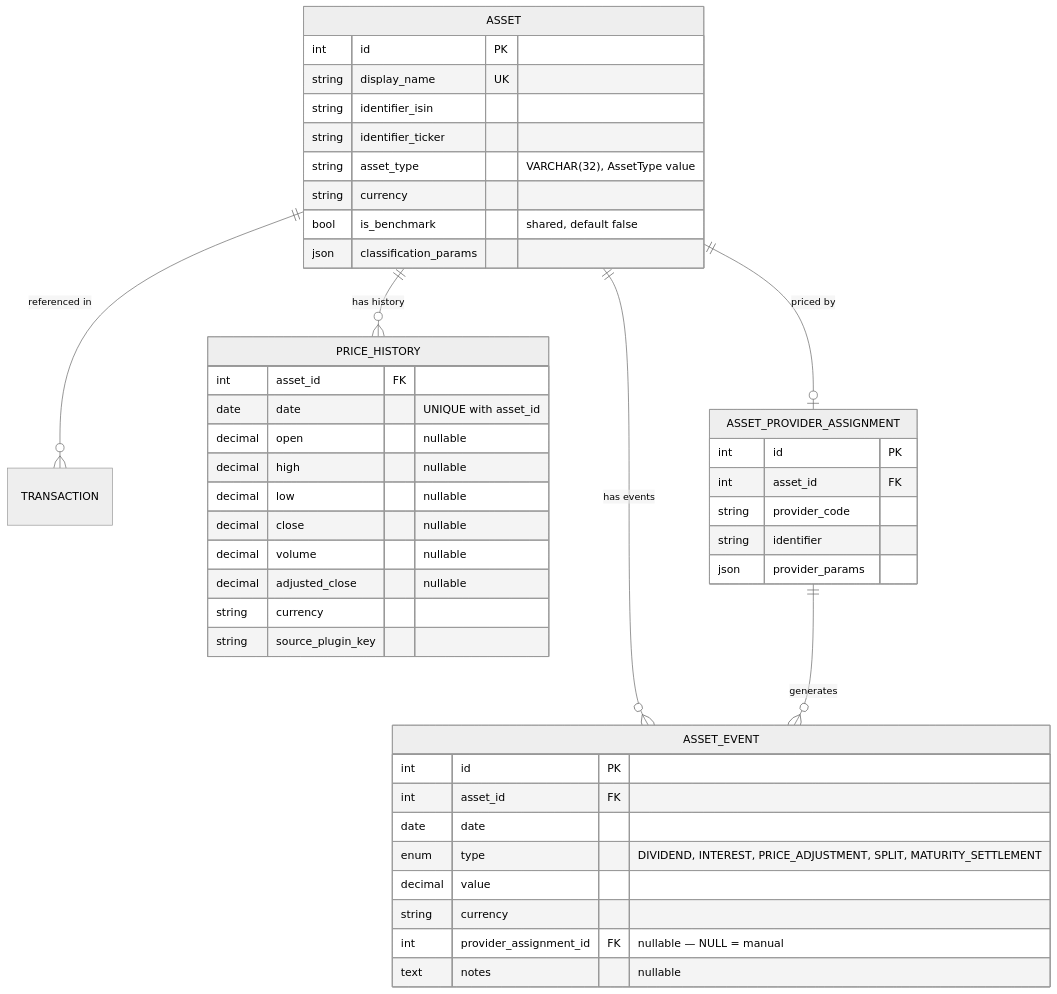
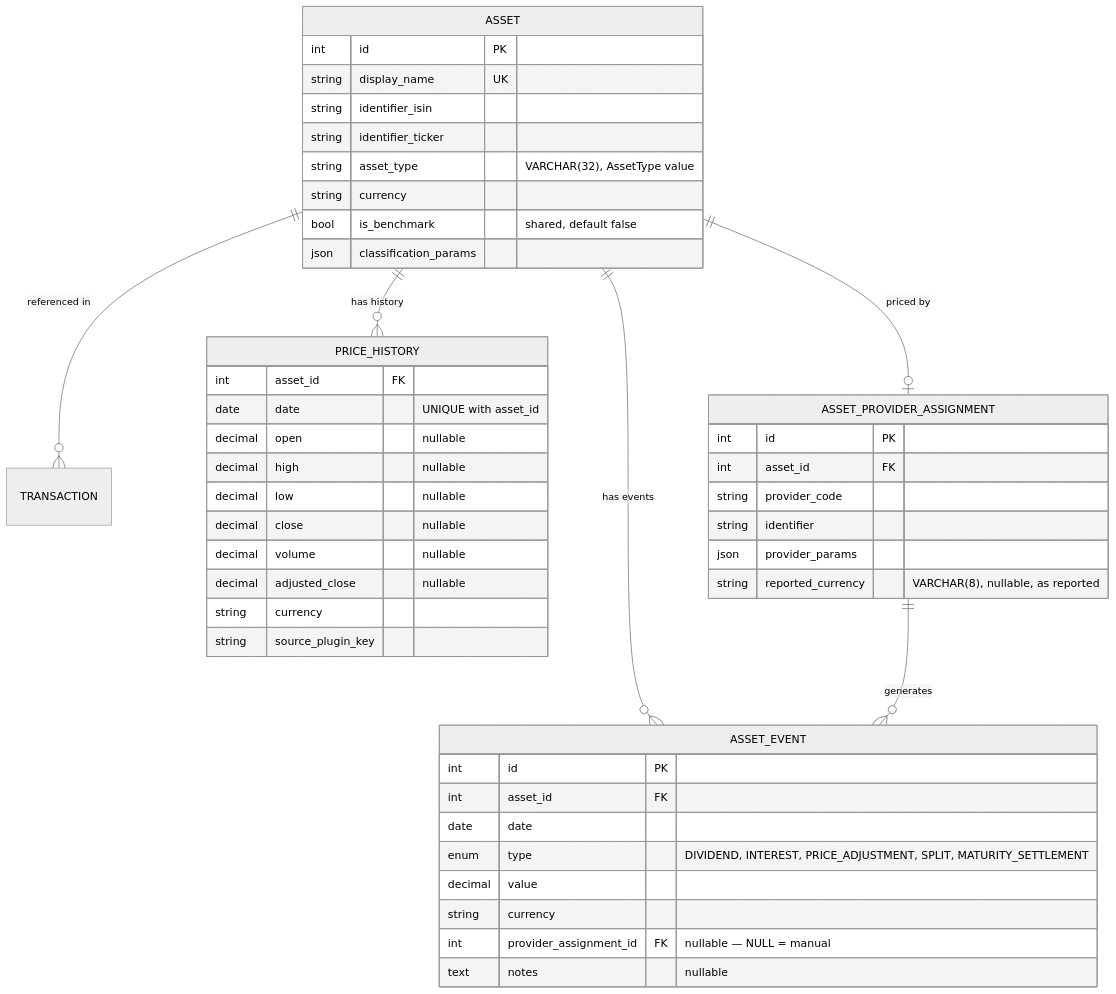
Before and after one commit to Librefolio/LibreFolio: the diagram in mkdocs_src/docs/developer/architecture/database/assets_pricing.md, drawn with Mermaid (neutral theme). The commit also changed other lines of this file and 27 other files, not shown here.

````diff
--- a/mkdocs_src/docs/developer/architecture/database/assets_pricing.md
+++ b/mkdocs_src/docs/developer/architecture/database/assets_pricing.md
@@ -7,51 +7,52 @@
 ```mermaid
 erDiagram
     ASSET ||--o{ TRANSACTION : "referenced in"
     ASSET ||--o{ PRICE_HISTORY : "has history"
     ASSET ||--o| ASSET_PROVIDER_ASSIGNMENT : "priced by"
     ASSET ||--o{ ASSET_EVENT : "has events"
     ASSET_PROVIDER_ASSIGNMENT ||--o{ ASSET_EVENT : "generates"
 
     ASSET {
         int id PK
         string display_name UK
         string identifier_isin
         string identifier_ticker
         string asset_type "VARCHAR(32), AssetType value"
         string currency
         bool is_benchmark "shared, default false"
         json classification_params
     }
 
     PRICE_HISTORY {
         int asset_id FK
         date date "UNIQUE with asset_id"
         decimal open "nullable"
         decimal high "nullable"
         decimal low "nullable"
         decimal close "nullable"
         decimal volume "nullable"
         decimal adjusted_close "nullable"
         string currency
         string source_plugin_key
     }
 
     ASSET_PROVIDER_ASSIGNMENT {
         int id PK
         int asset_id FK
         string provider_code
         string identifier
         json provider_params
+        string reported_currency "VARCHAR(8), nullable, as reported"
     }
 
     ASSET_EVENT {
         int id PK
         int asset_id FK
         date date
         enum type "DIVIDEND, INTEREST, PRICE_ADJUSTMENT, SPLIT, MATURITY_SETTLEMENT"
         decimal value
         string currency
         int provider_assignment_id FK "nullable — NULL = manual"
         text notes "nullable"
     }
 ```
````
